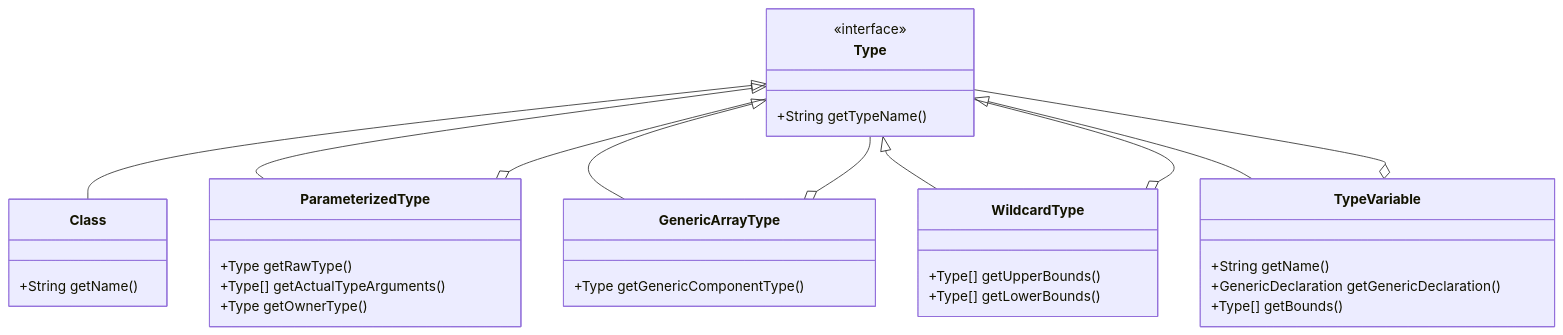
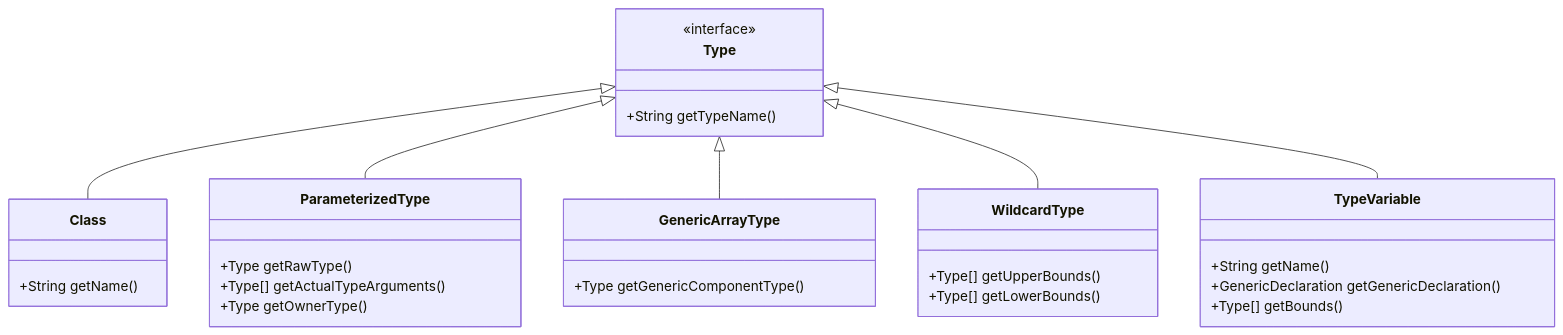
Before and after one commit to jacketan/java-interview: the fourth of 11 diagrams in 01-java-core/03-泛型与反射.md, drawn with Mermaid. The commit also changed other lines of this file and 12 other files, not shown here.

````diff
--- a/01-java-core/03-泛型与反射.md
+++ b/01-java-core/03-泛型与反射.md
@@ -372,36 +374,32 @@
 ```mermaid
 classDiagram
   class Type {
     <<interface>>
     +String getTypeName()
   }
   class Class {
     +String getName()
   }
   class ParameterizedType {
     +Type getRawType()
     +Type[] getActualTypeArguments()
     +Type getOwnerType()
   }
   class GenericArrayType {
     +Type getGenericComponentType()
   }
   class WildcardType {
     +Type[] getUpperBounds()
     +Type[] getLowerBounds()
   }
   class TypeVariable {
     +String getName()
     +GenericDeclaration getGenericDeclaration()
     +Type[] getBounds()
   }
   Type <|-- Class
   Type <|-- ParameterizedType
   Type <|-- GenericArrayType
   Type <|-- WildcardType
   Type <|-- TypeVariable
-  ParameterizedType o-- Type
-  GenericArrayType o-- Type
-  WildcardType o-- Type
-  TypeVariable o-- Type
 ```
````
